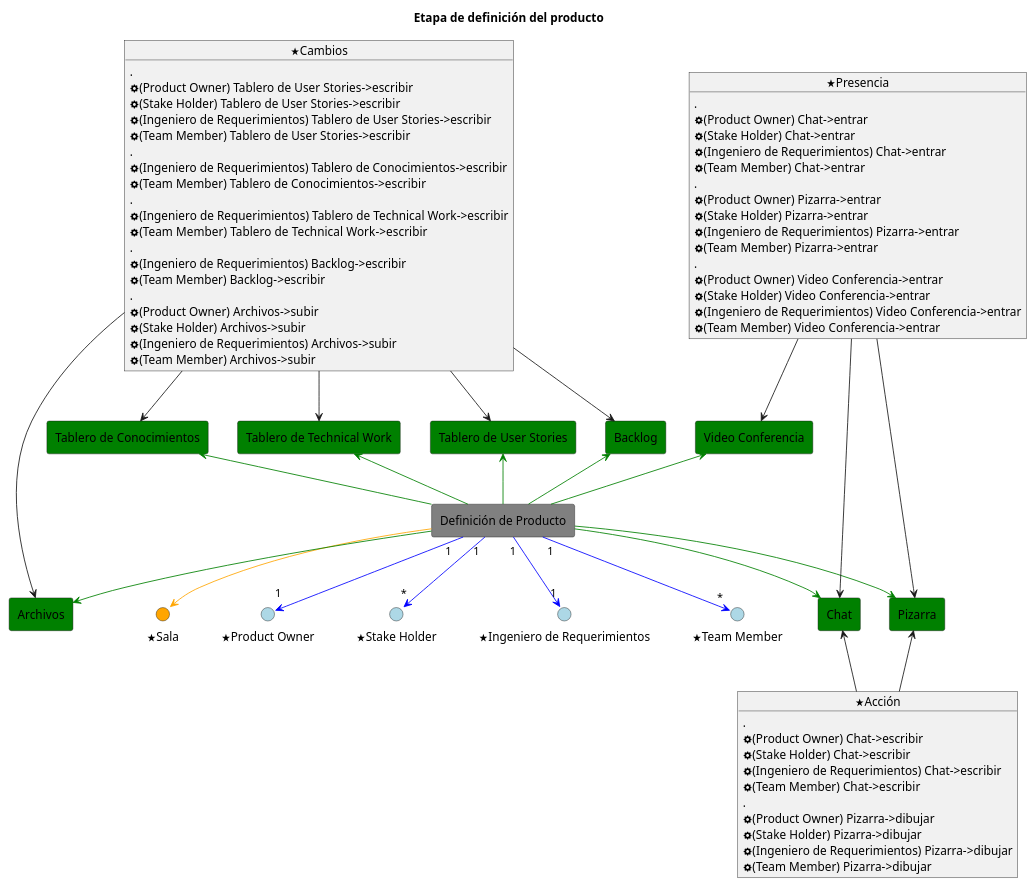
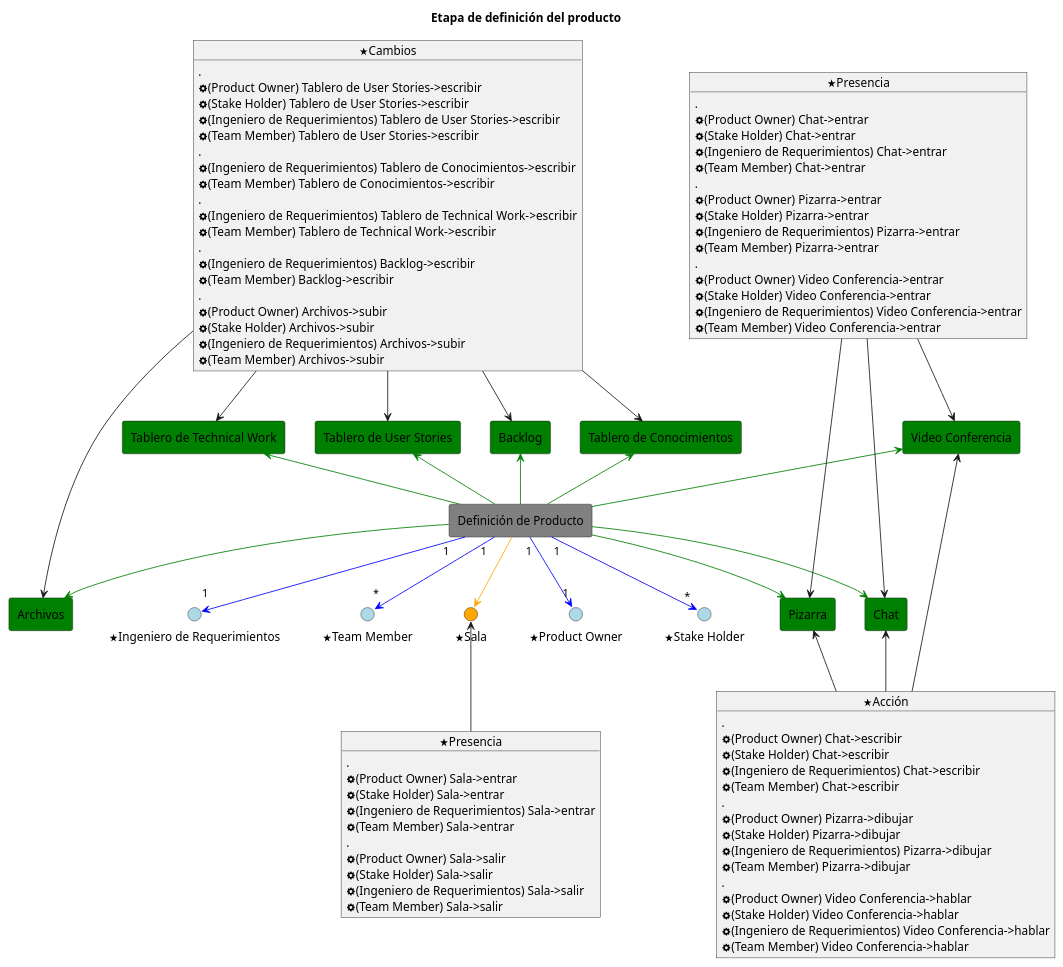
The first of 2 diagrams in entrega1/actividades/product/product.plantuml (pablodanielrey/colaborativos), drawn with PlantUML before and after one commit.

Commit message:
agrego la alternativa del awareness de presencia

```diff
--- a/entrega1/actividades/product/product.plantuml
+++ b/entrega1/actividades/product/product.plantuml
@@ -1,105 +1,127 @@
 @startuml
 title Etapa de definición del producto
 allowmixing
 
 () "<&star>Product Owner" as owner #LightBlue
 () "<&star>Stake Holder" as sh #LightBlue
 () "<&star>Ingeniero de Requerimientos" as rem #LightBlue
 () "<&star>Team Member" as tm #LightBlue
 () "<&star>Sala" as room #Orange
 rectangle "Video Conferencia" as video #Green
 rectangle "Definición de Producto" as product #Gray
 rectangle "Tablero de User Stories" as user_stories #Green
 rectangle "Tablero de Technical Work" as technical_work #Green
 rectangle "Tablero de Conocimientos" as knoledge_adquisition #Green
 rectangle "Backlog" as product_backlog #Green
 rectangle "Chat" as chat #Green
 rectangle "Pizarra" as blackboard #Green
 rectangle "Archivos" as files #Green
 
 product "1" -d[#Blue]-> "1" owner
 product "1" -d[#Blue]-> "*" sh
 product "1" -d[#Blue]-> "1" rem
 product "1" -d[#Blue]-> "*" tm
 product -u[#Green]-> video
 product -u[#Green]-> product_backlog
 product -u[#Green]-> user_stories
 product -u[#Green]-> technical_work
 product -u[#Green]-> knoledge_adquisition
 product -d[#Orange]-> room
 product -d[#Green]-> blackboard
 product -d[#Green]-> chat
 product -d[#Green]-> files
 
 
 object "<&star>Presencia" as Presencia {
     .
     <&cog>(Product Owner) Chat->entrar
     <&cog>(Stake Holder) Chat->entrar
     <&cog>(Ingeniero de Requerimientos) Chat->entrar
     <&cog>(Team Member) Chat->entrar
     .
     <&cog>(Product Owner) Pizarra->entrar
     <&cog>(Stake Holder) Pizarra->entrar
     <&cog>(Ingeniero de Requerimientos) Pizarra->entrar
     <&cog>(Team Member) Pizarra->entrar    
     .
     <&cog>(Product Owner) Video Conferencia->entrar
     <&cog>(Stake Holder) Video Conferencia->entrar
     <&cog>(Ingeniero de Requerimientos) Video Conferencia->entrar
     <&cog>(Team Member) Video Conferencia->entrar    
 
 }
 
 
 Presencia --> video
 Presencia --> chat
 Presencia --> blackboard
 
 
+object "<&star>Presencia" as Presencia2 {
+    .
+    <&cog>(Product Owner) Sala->entrar
+    <&cog>(Stake Holder) Sala->entrar
+    <&cog>(Ingeniero de Requerimientos) Sala->entrar
+    <&cog>(Team Member) Sala->entrar
+    .
+    <&cog>(Product Owner) Sala->salir
+    <&cog>(Stake Holder) Sala->salir
+    <&cog>(Ingeniero de Requerimientos) Sala->salir
+    <&cog>(Team Member) Sala->salir
+}
+
+Presencia2 -u-> room
+
+
 object "<&star>Acción" as Acción {
     .
     <&cog>(Product Owner) Chat->escribir
     <&cog>(Stake Holder) Chat->escribir
     <&cog>(Ingeniero de Requerimientos) Chat->escribir
     <&cog>(Team Member) Chat->escribir
 
     .
     <&cog>(Product Owner) Pizarra->dibujar
     <&cog>(Stake Holder) Pizarra->dibujar
     <&cog>(Ingeniero de Requerimientos) Pizarra->dibujar
     <&cog>(Team Member) Pizarra->dibujar
+    .
+    <&cog>(Product Owner) Video Conferencia->hablar
+    <&cog>(Stake Holder) Video Conferencia->hablar
+    <&cog>(Ingeniero de Requerimientos) Video Conferencia->hablar
+    <&cog>(Team Member) Video Conferencia->hablar    
 }
 
 Acción -u-> chat
 Acción -u-> blackboard
+Acción -u-> video
 
 object "<&star>Cambios" as Cambios {
     .
     <&cog>(Product Owner) Tablero de User Stories->escribir
     <&cog>(Stake Holder) Tablero de User Stories->escribir
     <&cog>(Ingeniero de Requerimientos) Tablero de User Stories->escribir
     <&cog>(Team Member) Tablero de User Stories->escribir
     .
     <&cog>(Ingeniero de Requerimientos) Tablero de Conocimientos->escribir
     <&cog>(Team Member) Tablero de Conocimientos->escribir
     .
     <&cog>(Ingeniero de Requerimientos) Tablero de Technical Work->escribir
     <&cog>(Team Member) Tablero de Technical Work->escribir
     .
     <&cog>(Ingeniero de Requerimientos) Backlog->escribir
     <&cog>(Team Member) Backlog->escribir
     .
     <&cog>(Product Owner) Archivos->subir
     <&cog>(Stake Holder) Archivos->subir
     <&cog>(Ingeniero de Requerimientos) Archivos->subir
     <&cog>(Team Member) Archivos->subir    
 }
 
 Cambios -d-> files
 Cambios -d-> user_stories
 Cambios -d-> technical_work
 Cambios -d-> knoledge_adquisition
 Cambios -d-> product_backlog
 
 @enduml
```
